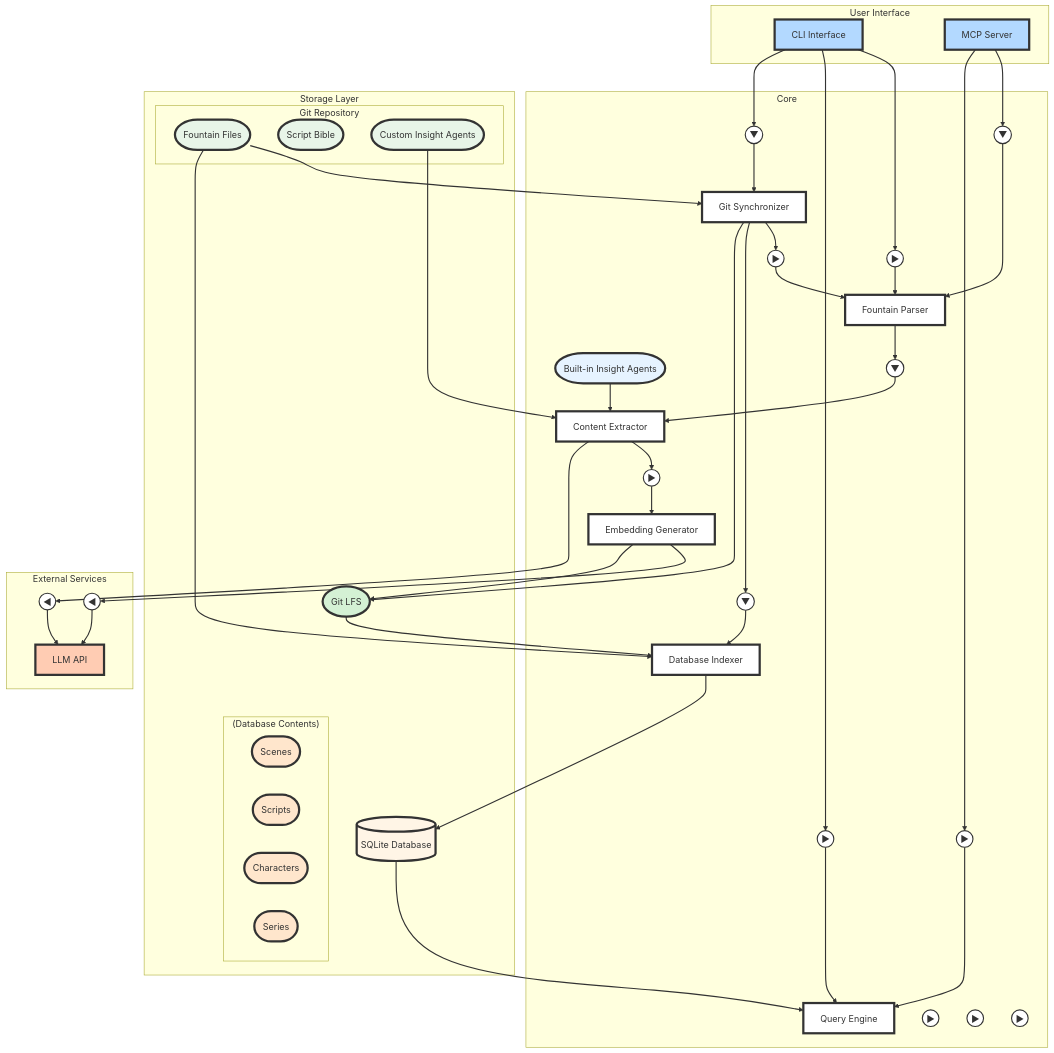
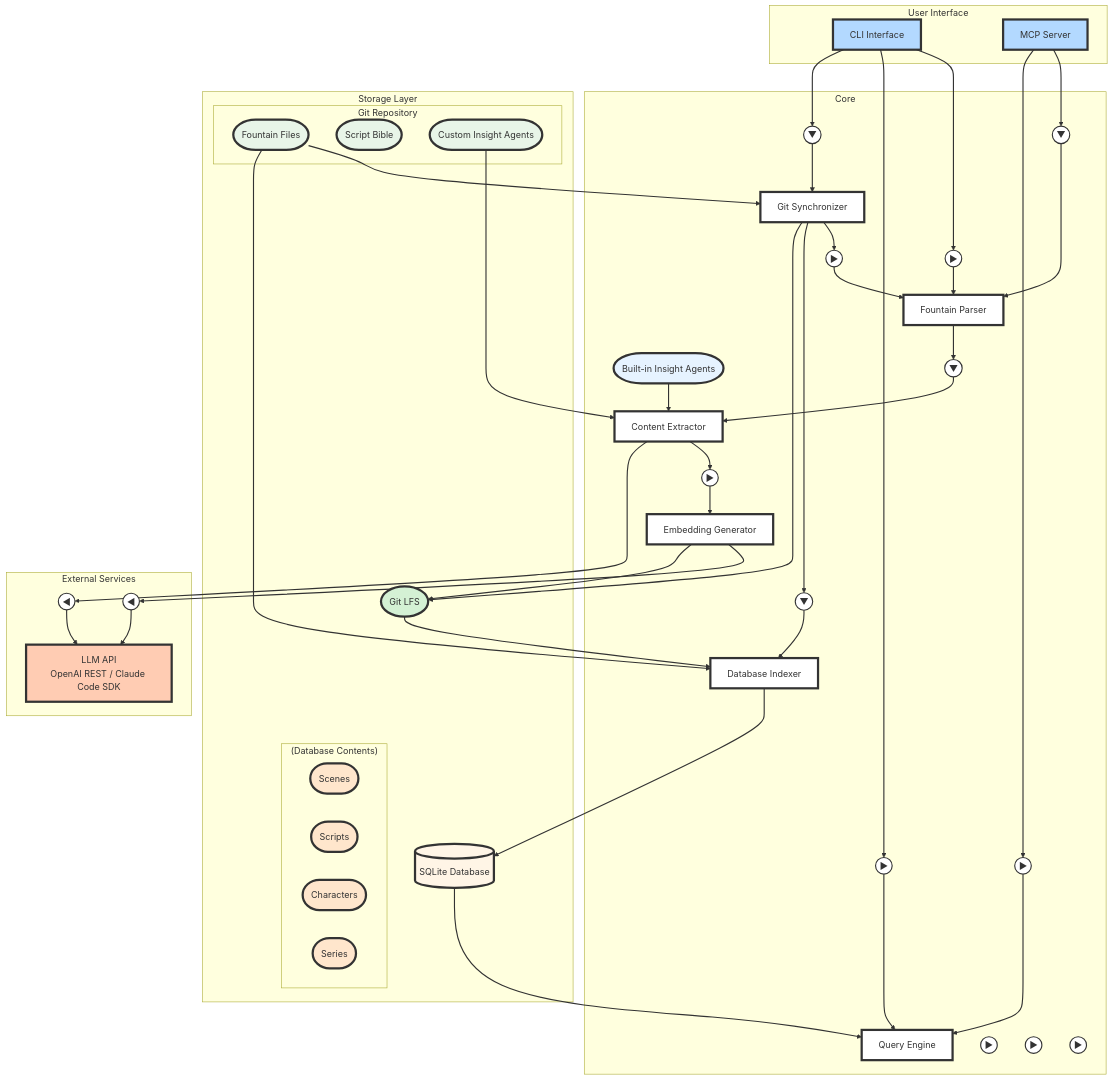
Before and after one commit to trieloff/scriptrag: the first of 4 diagrams in ARCHITECTURE.md, drawn with Mermaid. The commit also changed other lines of this file, not shown here.

First line of the commit message:
docs(architecture): update LLM integration details and API options

```diff
--- a/ARCHITECTURE.md
+++ b/ARCHITECTURE.md
@@ -58,7 +58,7 @@
     end
 
     subgraph "External Services"
-        LLM[LLM API]
+        LLM[LLM API<br/>OpenAI REST / Claude Code SDK]
         ch_llm1((◀))
         ch_llm2((◀))
     end
```
